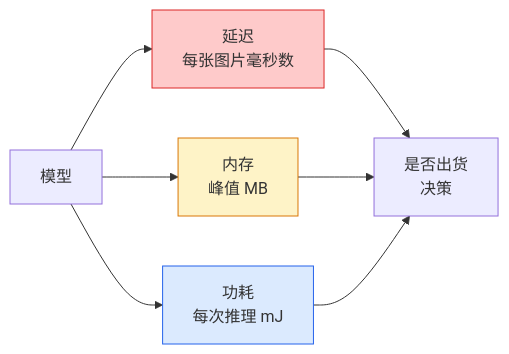
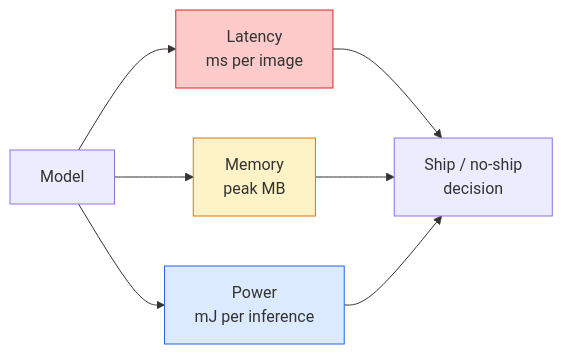
Before and after one commit to xiaojiaenen/ai-engineering-from-scratch-zh: the diagram in i18n/zh/phases/04-computer-vision/15-real-time-edge/docs/zh.md, drawn with Mermaid. The commit also changed other lines of this file and 28 other files, not shown here.

````diff
--- a/i18n/zh/phases/04-computer-vision/15-real-time-edge/docs/zh.md
+++ b/i18n/zh/phases/04-computer-vision/15-real-time-edge/docs/zh.md
@@ -29,14 +29,14 @@
 ```mermaid
 flowchart LR
-    M["模型"] --> LAT["延迟<br/>每张图片毫秒数"]
-    M --> MEM["内存<br/>峰值 MB"]
-    M --> PWR["功耗<br/>每次推理 mJ"]
+    M["Model"] --> LAT["Latency<br/>ms per image"]
+    M --> MEM["Memory<br/>peak MB"]
+    M --> PWR["Power<br/>mJ per inference"]
 
-    LAT --> SHIP["是否出货<br/>决策"]
+    LAT --> SHIP["Ship / no-ship<br/>decision"]
     MEM --> SHIP
     PWR --> SHIP
 
     style LAT fill:#fecaca,stroke:#dc2626
     style MEM fill:#fef3c7,stroke:#d97706
     style PWR fill:#dbeafe,stroke:#2563eb
 ```
````
